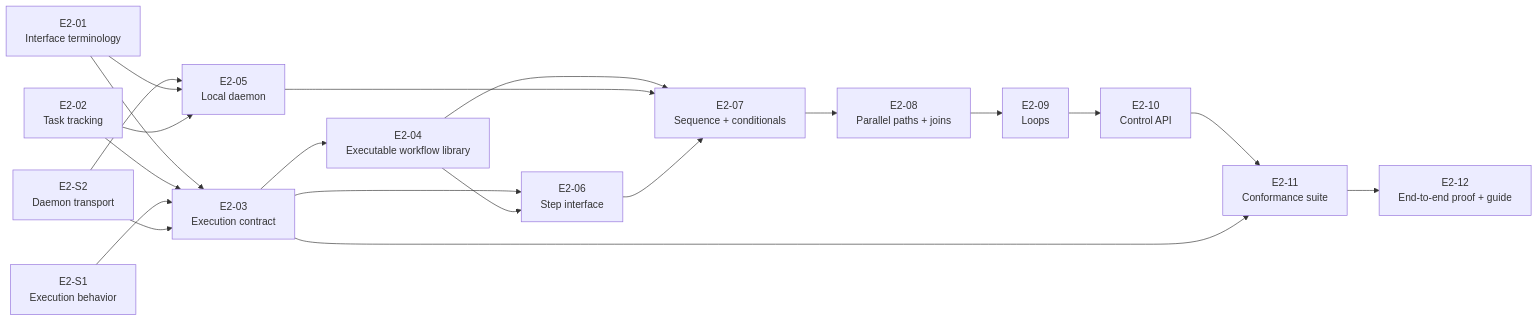
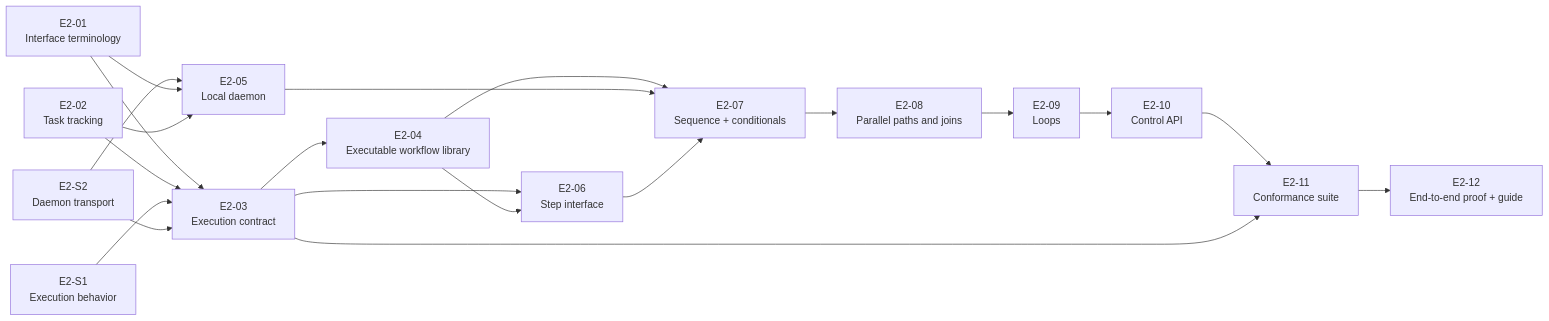
Before and after one commit to RostrumAI/rostrum: the diagram in docs/epics/epic-02-local-workflow-execution.md, drawn with Mermaid. The commit also changed other lines of this file and 15 other files, not shown here.

````diff
--- a/docs/epics/epic-02-local-workflow-execution.md
+++ b/docs/epics/epic-02-local-workflow-execution.md
@@ -89,26 +89,26 @@
 ```mermaid
 flowchart LR
     C1["E2-01<br/>Interface terminology"] --> C["E2-03<br/>Execution contract"]
     C2["E2-02<br/>Task tracking"] --> C
     S1["E2-S1<br/>Execution behavior"] --> C
     S2["E2-S2<br/>Daemon transport"] --> C
     S2 --> D["E2-05<br/>Local daemon"]
     C1 --> D
     C2 --> D
 
     C --> W["E2-04<br/>Executable workflow library"]
     C --> H["E2-06<br/>Step interface"]
     W --> H
 
     W --> R1["E2-07<br/>Sequence + conditionals"]
     D --> R1
     H --> R1
 
-    R1 --> R2["E2-08<br/>Parallel paths + joins"]
+    R1 --> R2["E2-08<br/>Parallel paths and joins"]
     R2 --> R3["E2-09<br/>Loops"]
     R3 --> API["E2-10<br/>Control API"]
 
     API --> T["E2-11<br/>Conformance suite"]
     C --> T
     T --> P["E2-12<br/>End-to-end proof + guide"]
 ```
````
